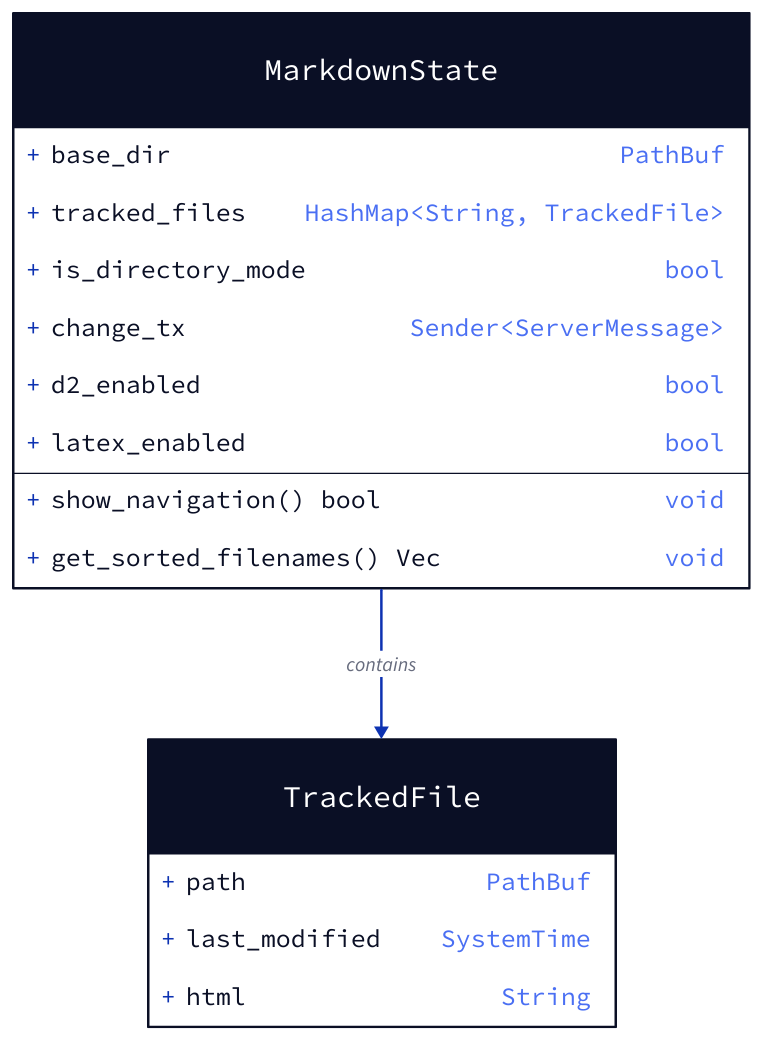
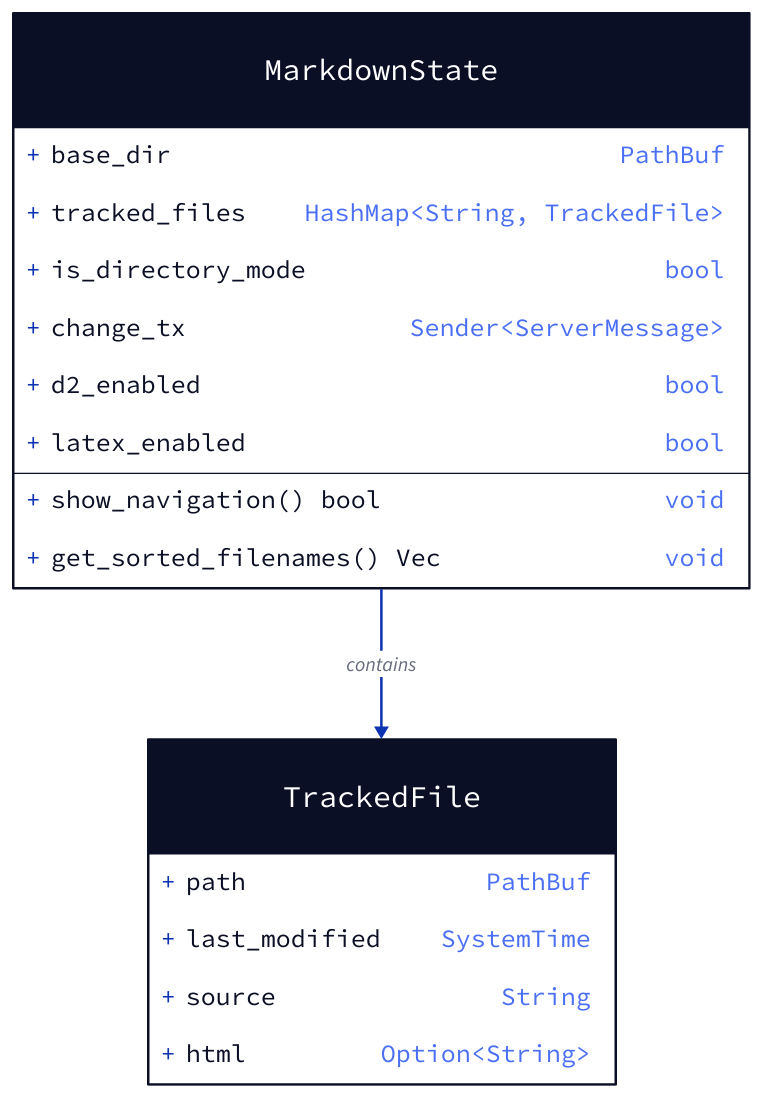
Before and after one commit to mdrv/mdrvserve: the second of 2 diagrams in docs/10-architecture.md, drawn with D2. The commit also changed other lines of this file and 9 other files, not shown here.

````diff
--- a/docs/10-architecture.md
+++ b/docs/10-architecture.md
@@ -37,20 +37,21 @@
 ```d2
 MarkdownState: {
   shape: class
   base_dir: PathBuf
   tracked_files: HashMap<String, TrackedFile>
   is_directory_mode: bool
   change_tx: Sender<ServerMessage>
   d2_enabled: bool
   latex_enabled: bool
   show_navigation() bool
   get_sorted_filenames() Vec
 }
 TrackedFile: {
   shape: class
   path: PathBuf
   last_modified: SystemTime
-  html: String
+  source: String
+  html: Option<String>
 }
 MarkdownState -> TrackedFile: contains
 ```
````
